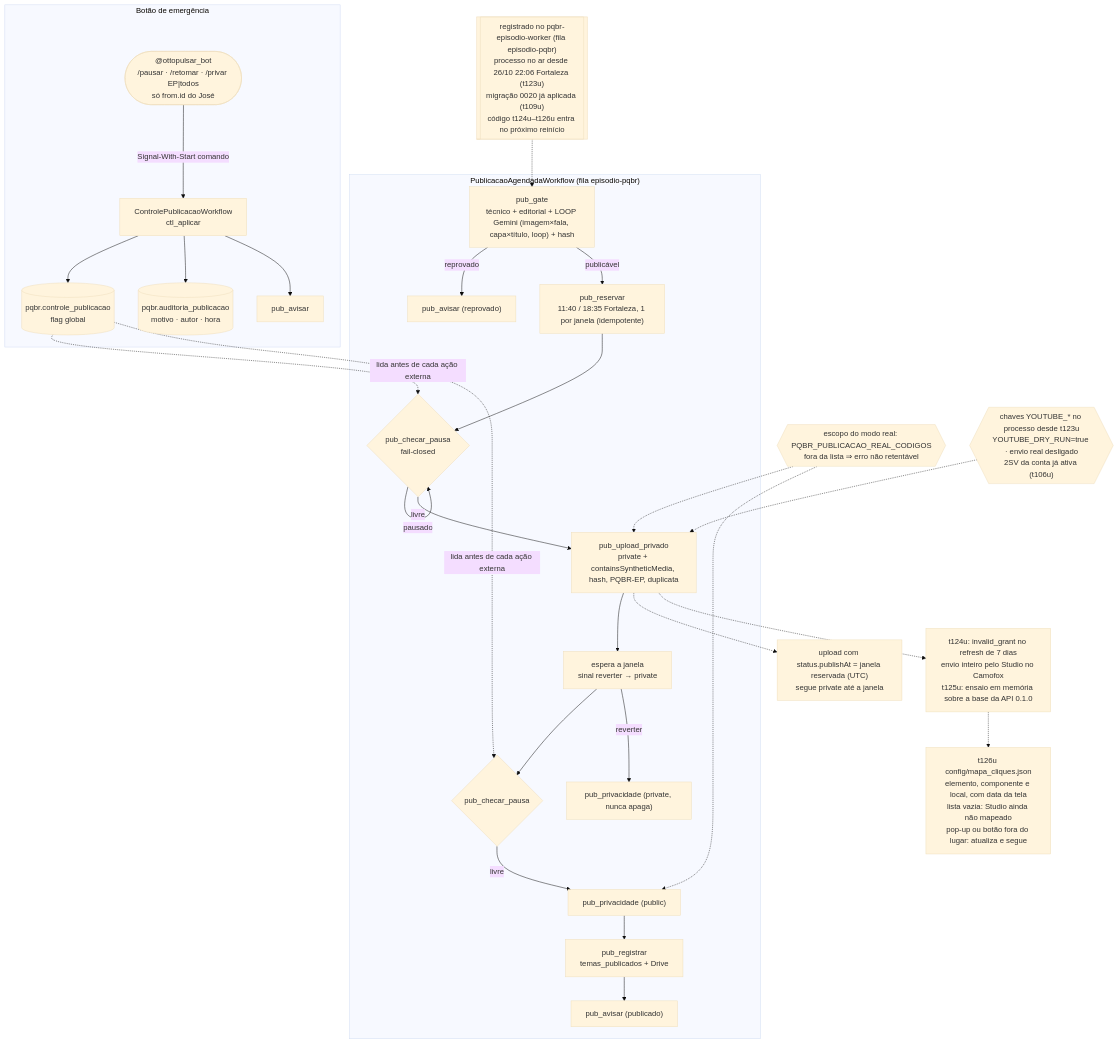
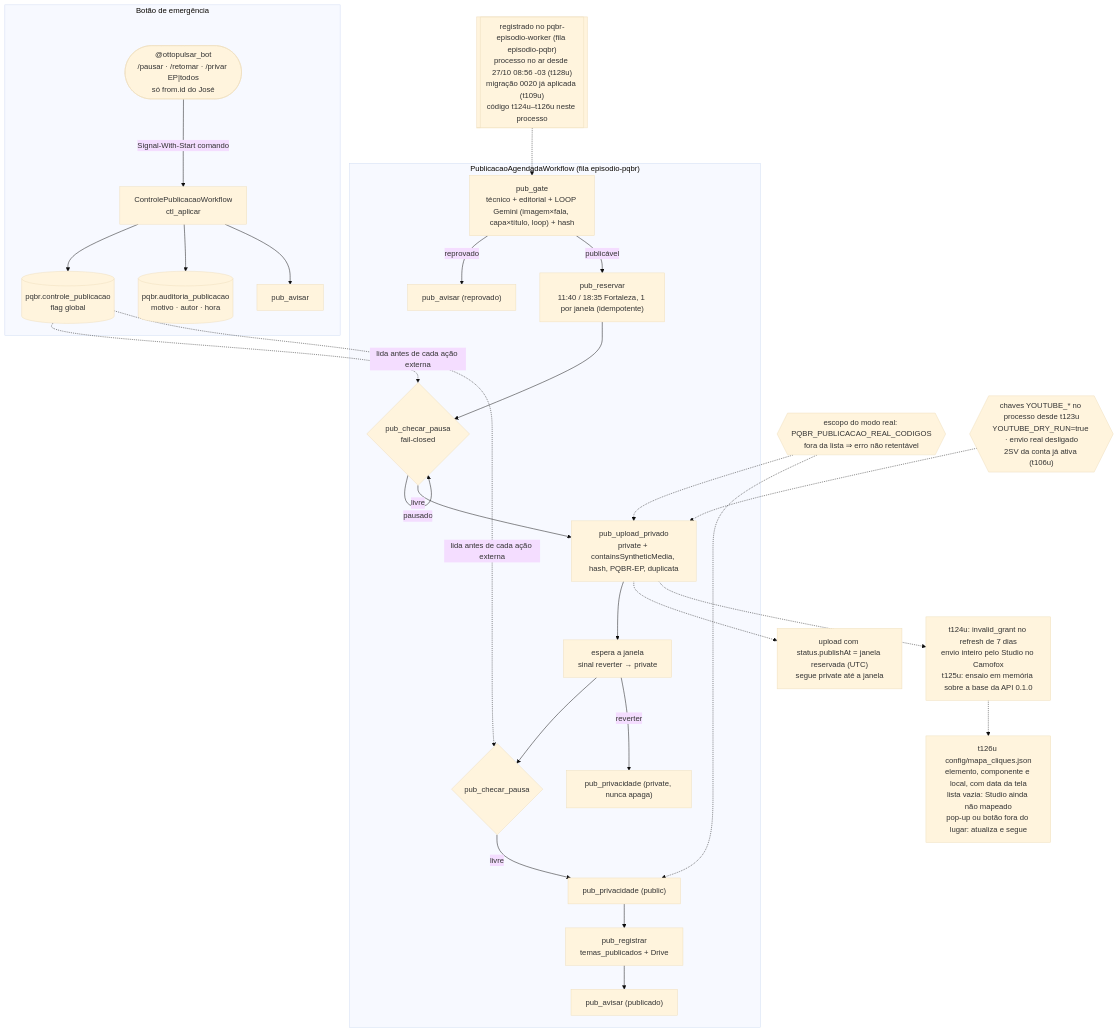
One commit to jvmendesjr/PQBR changed the diagram in docs/mapa/11-publicacao.mmd. Above: the diagram before and after it, drawn with Mermaid (base theme). The commit also changed 8 other files, not shown here.

```diff
--- a/docs/mapa/11-publicacao.mmd
+++ b/docs/mapa/11-publicacao.mmd
@@ -1,27 +1,27 @@
 %% Publicação automática + botão de emergência (t540/t541, José 25/10/2026). Alterado pelo agente externo PQBR com autorização do José.
 %% Sem aprovação humana: o gate é a única barreira. Telegram só AVISA. Simulação por padrão (YOUTUBE_DRY_RUN + PQBR_PUBLICACAO_REAL).
 flowchart TD
   subgraph PUB["PublicacaoAgendadaWorkflow (fila episodio-pqbr)"]
     G["pub_gate<br/>técnico + editorial + LOOP Gemini (imagem×fala, capa×título, loop) + hash"] -->|reprovado| AR["pub_avisar (reprovado)"]
     G -->|publicável| R["pub_reservar<br/>11:40 / 18:35 Fortaleza, 1 por janela (idempotente)"]
     R --> P1{"pub_checar_pausa<br/>fail-closed"} -->|pausado| P1
     P1 -->|livre| U["pub_upload_privado<br/>private + containsSyntheticMedia, hash, PQBR-EP, duplicata"]
     U --> W["espera a janela<br/>sinal reverter → private"]
     W --> P2{"pub_checar_pausa"} -->|livre| PR["pub_privacidade (public)"]
     PR --> RG["pub_registrar<br/>temas_publicados + Drive"] --> AP["pub_avisar (publicado)"]
     W -->|reverter| RV["pub_privacidade (private, nunca apaga)"]
   end
   subgraph EMG["Botão de emergência"]
     TG(["@ottopulsar_bot<br/>/pausar · /retomar · /privar EP|todos<br/>só from.id do José"]) -->|Signal-With-Start comando| CTL["ControlePublicacaoWorkflow<br/>ctl_aplicar"]
     CTL --> FLAG[("pqbr.controle_publicacao<br/>flag global")]
     CTL --> AUD[("pqbr.auditoria_publicacao<br/>motivo · autor · hora")]
     CTL --> AV2["pub_avisar"]
   end
   FLAG -.lida antes de cada ação externa.-> P1 & P2
   %% 0.4.5 (t69s317/t70u, 26/10/2026)
   U -.-> PA["upload com status.publishAt = janela reservada (UTC)<br/>segue private até a janela"]
   U -.-> CF["t124u: invalid_grant no refresh de 7 dias<br/>envio inteiro pelo Studio no Camofox<br/>t125u: ensaio em memória sobre a base da API 0.1.0"]
   CF -.-> MC["t126u config/mapa_cliques.json<br/>elemento, componente e local, com data da tela<br/>lista vazia: Studio ainda não mapeado<br/>pop-up ou botão fora do lugar: atualiza e segue"]
   SC{{"escopo do modo real: PQBR_PUBLICACAO_REAL_CODIGOS<br/>fora da lista ⇒ erro não retentável"}} -.-> U & PR
-  WK[["registrado no pqbr-episodio-worker (fila episodio-pqbr)<br/>processo no ar desde 26/10 22:06 Fortaleza (t123u)<br/>migração 0020 já aplicada (t109u)<br/>código t124u–t126u entra no próximo reinício"]] -.-> G
+  WK[["registrado no pqbr-episodio-worker (fila episodio-pqbr)<br/>processo no ar desde 27/10 08:56 -03 (t128u)<br/>migração 0020 já aplicada (t109u)<br/>código t124u–t126u neste processo"]] -.-> G
   BL{{"chaves YOUTUBE_* no processo desde t123u<br/>YOUTUBE_DRY_RUN=true · envio real desligado<br/>2SV da conta já ativa (t106u)"}} -.-> U
```
